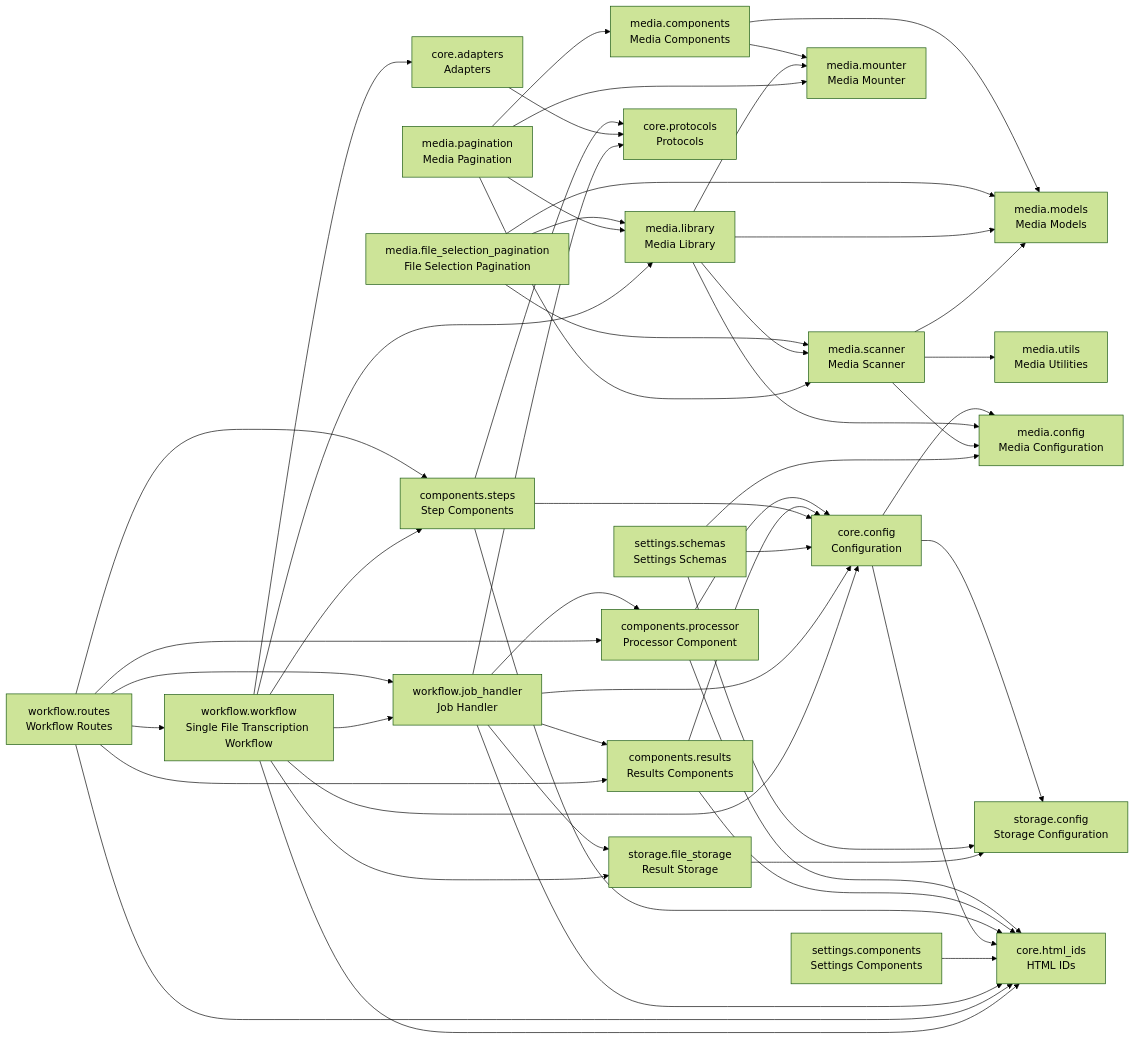
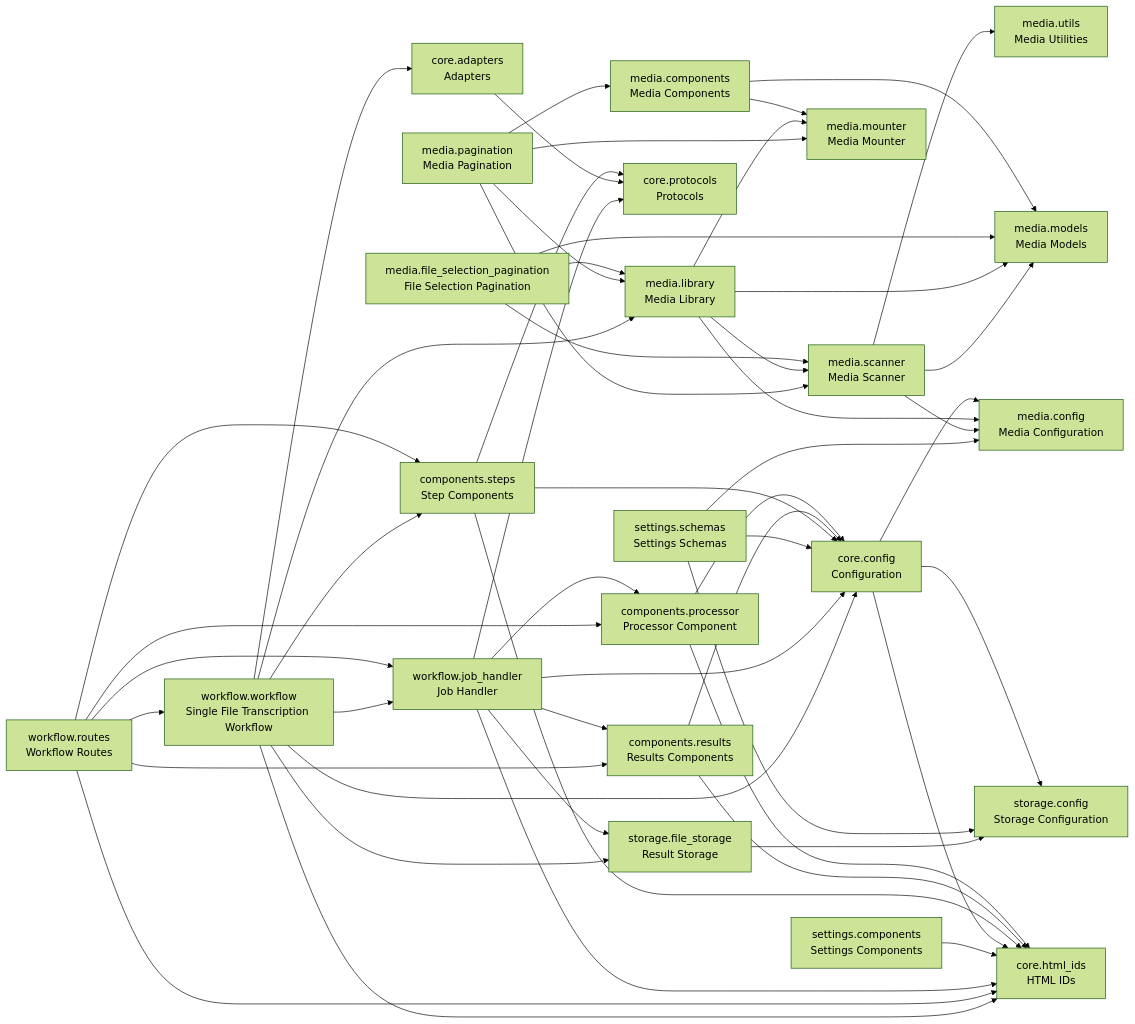
Before and after one commit to cj-mills/cjm-fasthtml-workflow-transcription-single-file: the diagram in README.md, drawn with Mermaid (forest theme). The commit also changed other lines of this file and 7 other files, not shown here.

````diff
--- a/README.md
+++ b/README.md
@@ -49,78 +49,78 @@
 ``` mermaid
 graph LR
     components_processor[components.processor<br/>Processor Component]
     components_results[components.results<br/>Results Components]
     components_steps[components.steps<br/>Step Components]
     core_adapters[core.adapters<br/>Adapters]
     core_config[core.config<br/>Configuration]
     core_html_ids[core.html_ids<br/>HTML IDs]
     core_protocols[core.protocols<br/>Protocols]
     media_components[media.components<br/>Media Components]
     media_config[media.config<br/>Media Configuration]
     media_file_selection_pagination[media.file_selection_pagination<br/>File Selection Pagination]
     media_library[media.library<br/>Media Library]
     media_models[media.models<br/>Media Models]
     media_mounter[media.mounter<br/>Media Mounter]
     media_pagination[media.pagination<br/>Media Pagination]
     media_scanner[media.scanner<br/>Media Scanner]
     media_utils[media.utils<br/>Media Utilities]
     settings_components[settings.components<br/>Settings Components]
     settings_schemas[settings.schemas<br/>Settings Schemas]
     storage_config[storage.config<br/>Storage Configuration]
     storage_file_storage[storage.file_storage<br/>Result Storage]
     workflow_job_handler[workflow.job_handler<br/>Job Handler]
     workflow_routes[workflow.routes<br/>Workflow Routes]
     workflow_workflow[workflow.workflow<br/>Single File Transcription Workflow]
 
     components_processor --> core_html_ids
     components_processor --> core_config
     components_results --> core_html_ids
     components_results --> core_config
     components_steps --> core_html_ids
     components_steps --> core_protocols
     components_steps --> core_config
     core_adapters --> core_protocols
+    core_config --> core_html_ids
+    core_config --> media_config
     core_config --> storage_config
-    core_config --> media_config
-    core_config --> core_html_ids
     media_components --> media_models
     media_components --> media_mounter
+    media_file_selection_pagination --> media_models
     media_file_selection_pagination --> media_library
-    media_file_selection_pagination --> media_models
     media_file_selection_pagination --> media_scanner
+    media_library --> media_models
+    media_library --> media_config
     media_library --> media_scanner
-    media_library --> media_config
     media_library --> media_mounter
-    media_library --> media_models
+    media_pagination --> media_components
     media_pagination --> media_library
-    media_pagination --> media_components
+    media_pagination --> media_scanner
     media_pagination --> media_mounter
-    media_pagination --> media_scanner
+    media_scanner --> media_models
     media_scanner --> media_utils
     media_scanner --> media_config
-    media_scanner --> media_models
     settings_components --> core_html_ids
-    settings_schemas --> media_config
     settings_schemas --> storage_config
     settings_schemas --> core_config
+    settings_schemas --> media_config
     storage_file_storage --> storage_config
+    workflow_job_handler --> components_results
+    workflow_job_handler --> core_html_ids
+    workflow_job_handler --> storage_file_storage
+    workflow_job_handler --> core_config
     workflow_job_handler --> core_protocols
-    workflow_job_handler --> components_results
-    workflow_job_handler --> storage_file_storage
     workflow_job_handler --> components_processor
-    workflow_job_handler --> core_config
-    workflow_job_handler --> core_html_ids
+    workflow_routes --> workflow_job_handler
+    workflow_routes --> components_results
+    workflow_routes --> core_html_ids
+    workflow_routes --> workflow_workflow
     workflow_routes --> components_steps
-    workflow_routes --> components_results
-    workflow_routes --> workflow_job_handler
-    workflow_routes --> workflow_workflow
     workflow_routes --> components_processor
-    workflow_routes --> core_html_ids
+    workflow_workflow --> storage_file_storage
+    workflow_workflow --> core_html_ids
     workflow_workflow --> media_library
-    workflow_workflow --> core_adapters
-    workflow_workflow --> core_html_ids
-    workflow_workflow --> components_steps
-    workflow_workflow --> storage_file_storage
     workflow_workflow --> core_config
     workflow_workflow --> workflow_job_handler
+    workflow_workflow --> components_steps
+    workflow_workflow --> core_adapters
 ```
````
